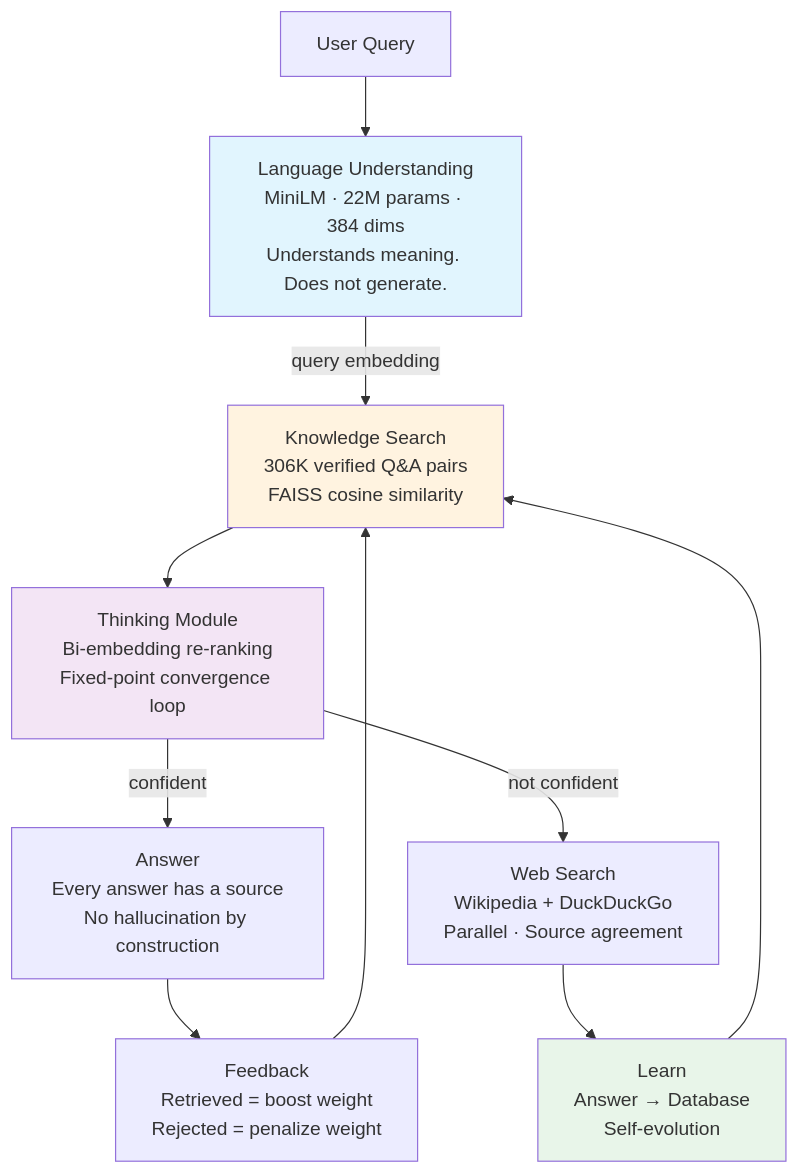
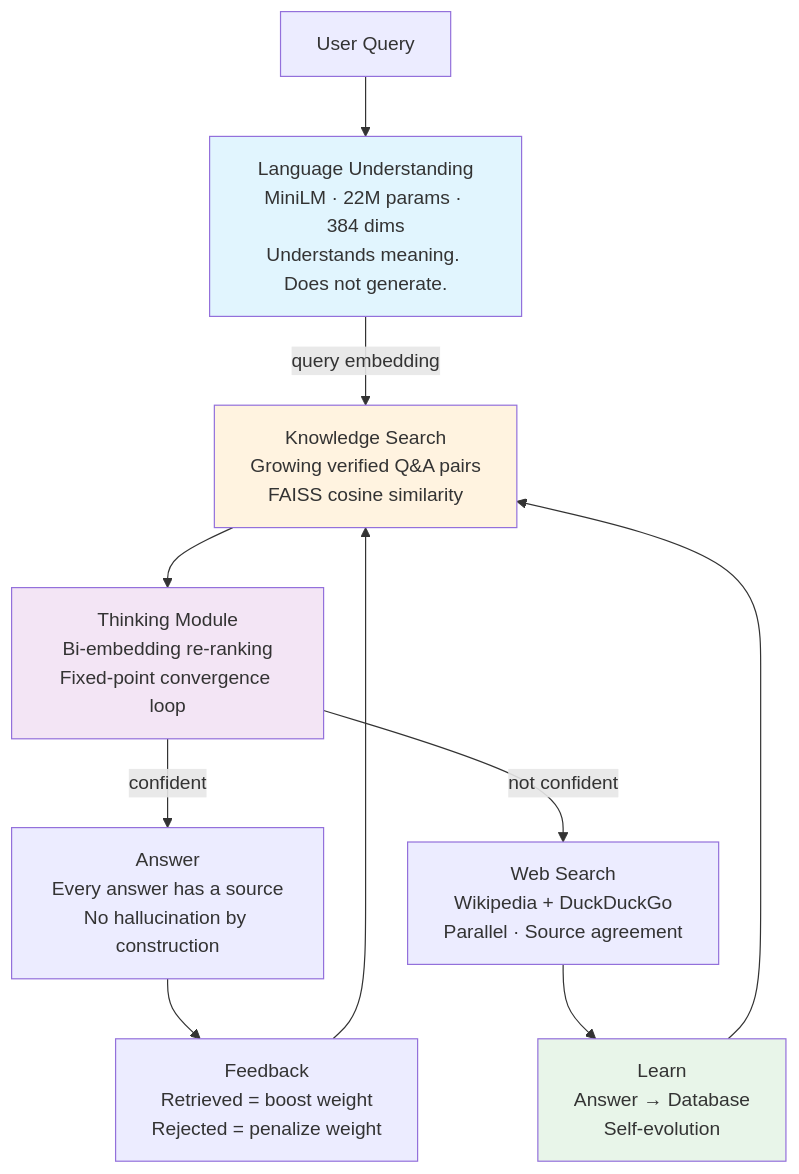
The first of 4 diagrams in README.md (tejasphatak/webmind-research), drawn with Mermaid before and after one commit. The commit also changed other lines of this file, not shown here.

````diff
--- a/README.md
+++ b/README.md
@@ -18,17 +18,17 @@
 ```mermaid
 graph TB
     Q[User Query] --> E[Language Understanding<br/>MiniLM · 22M params · 384 dims<br/>Understands meaning. Does not generate.]
-    E --> |query embedding| S[Knowledge Search<br/>306K verified Q&A pairs<br/>FAISS cosine similarity]
+    E --> |query embedding| S[Knowledge Search<br/>Growing verified Q&A pairs<br/>FAISS cosine similarity]
     S --> R[Thinking Module<br/>Bi-embedding re-ranking<br/>Fixed-point convergence loop]
     R --> |confident| A[Answer<br/>Every answer has a source<br/>No hallucination by construction]
     R --> |not confident| W[Web Search<br/>Wikipedia + DuckDuckGo<br/>Parallel · Source agreement]
     W --> L[Learn<br/>Answer → Database<br/>Self-evolution]
     L --> S
     A --> F[Feedback<br/>Retrieved = boost weight<br/>Rejected = penalize weight]
     F --> S
 
     style E fill:#e1f5fe
     style S fill:#fff3e0
     style R fill:#f3e5f5
     style L fill:#e8f5e9
 ```
````
